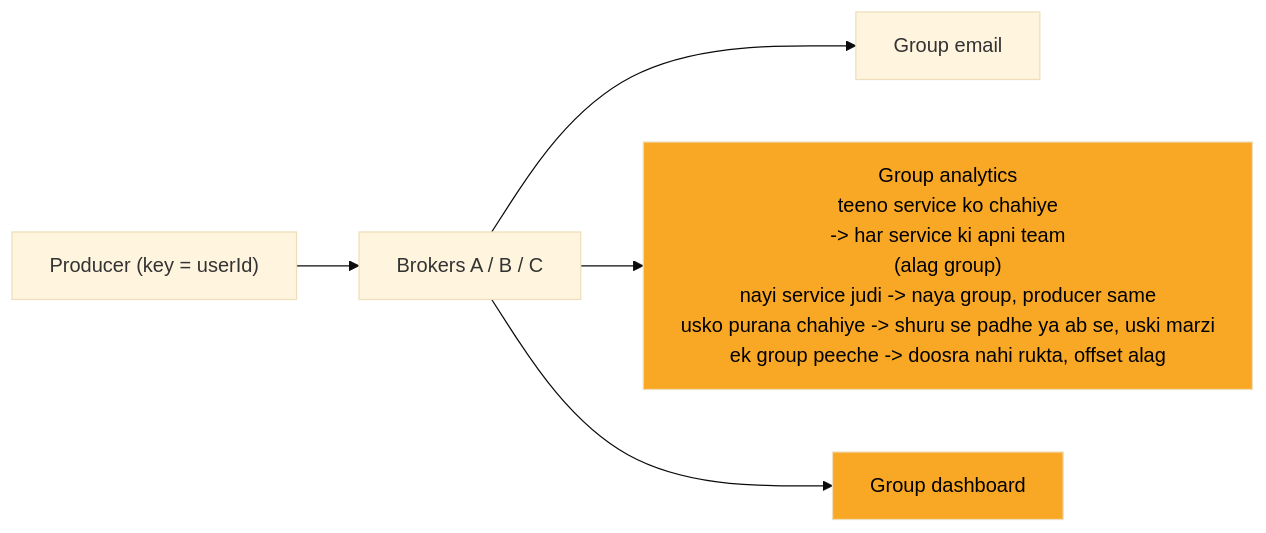
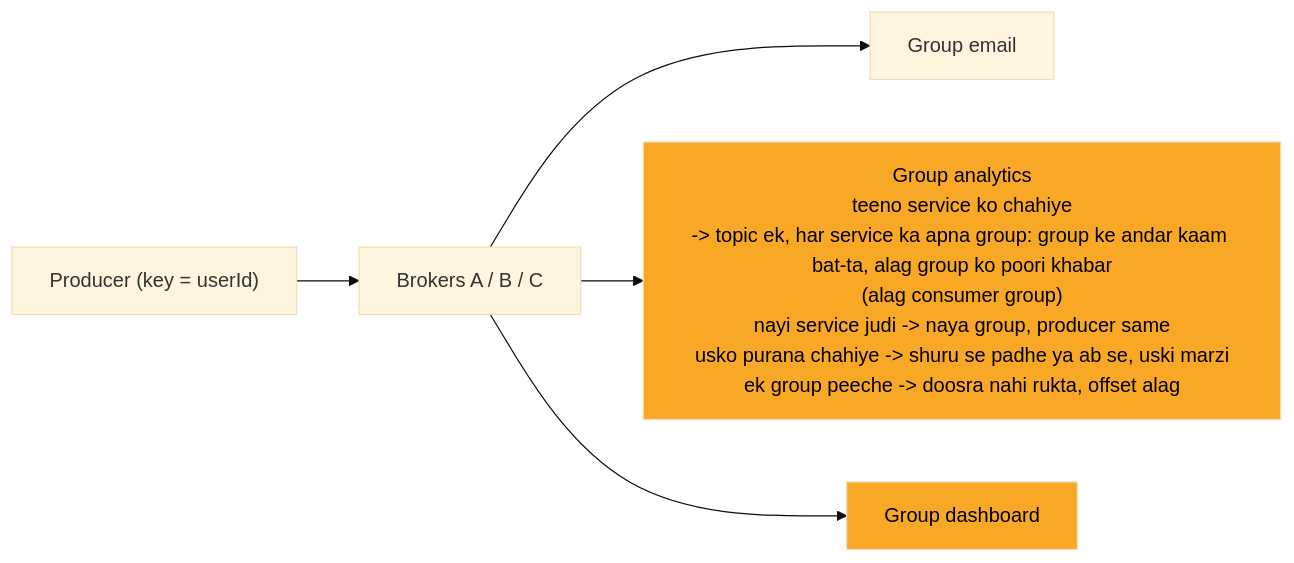
Before and after one commit to ArpanMaheshwari144/Prep: the sixth of 12 diagrams in 04_HLD/SYSTEM_DESIGNS/12_message_queue_kafka/12_message_queue_kafka.md, drawn with Mermaid (base theme). The commit also changed other lines of this file and 13 other files, not shown here.

````diff
--- a/04_HLD/SYSTEM_DESIGNS/12_message_queue_kafka/12_message_queue_kafka.md
+++ b/04_HLD/SYSTEM_DESIGNS/12_message_queue_kafka/12_message_queue_kafka.md
@@ -208,15 +211,15 @@
 ```mermaid
 %%{init: {"flowchart": {"wrappingWidth": 450}}}%%
 flowchart LR
     n_P["Producer (key = userId)"]
     n_B["Brokers A / B / C"]
     n_GE["Group email"]
-    n_GA["Group analytics<br/>teeno service ko chahiye<br/>-> har service ki apni team<br/>(alag group)<br/>nayi service judi -> naya group, producer same<br/>usko purana chahiye -> shuru se padhe ya ab se, uski marzi<br/>ek group peeche -> doosra nahi rukta, offset alag"]
+    n_GA["Group analytics<br/>teeno service ko chahiye<br/>-> topic ek, har service ka apna group: group ke andar kaam bat-ta, alag group ko poori khabar<br/>(alag consumer group)<br/>nayi service judi -> naya group, producer same<br/>usko purana chahiye -> shuru se padhe ya ab se, uski marzi<br/>ek group peeche -> doosra nahi rukta, offset alag"]
     n_GD["Group dashboard"]
     n_P --> n_B
     n_B --> n_GE
     n_B --> n_GA
     n_B --> n_GD
     style n_GA fill:#f9a825,color:#000
     style n_GD fill:#f9a825,color:#000
 ```
````
